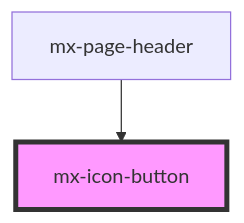
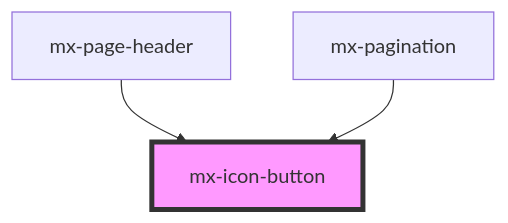
The diagram in src/components/mx-icon-button/readme.md (kevinleedrum/mds), drawn with Mermaid before and after one commit. The commit also changed other lines of this file and 398 other files, not shown here.

````diff
--- a/src/components/mx-icon-button/readme.md
+++ b/src/components/mx-icon-button/readme.md
@@ -29,5 +30,6 @@
 ```mermaid
 graph TD;
   mx-page-header --> mx-icon-button
+  mx-pagination --> mx-icon-button
   style mx-icon-button fill:#f9f,stroke:#333,stroke-width:4px
 ```
````
